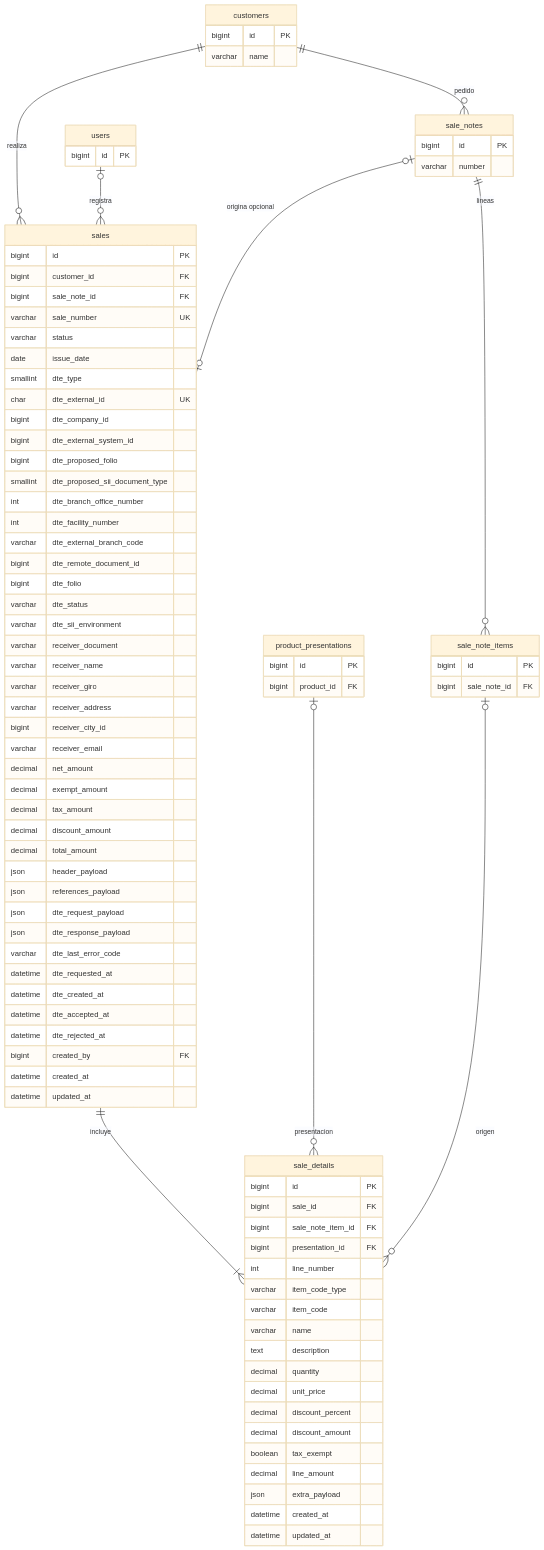
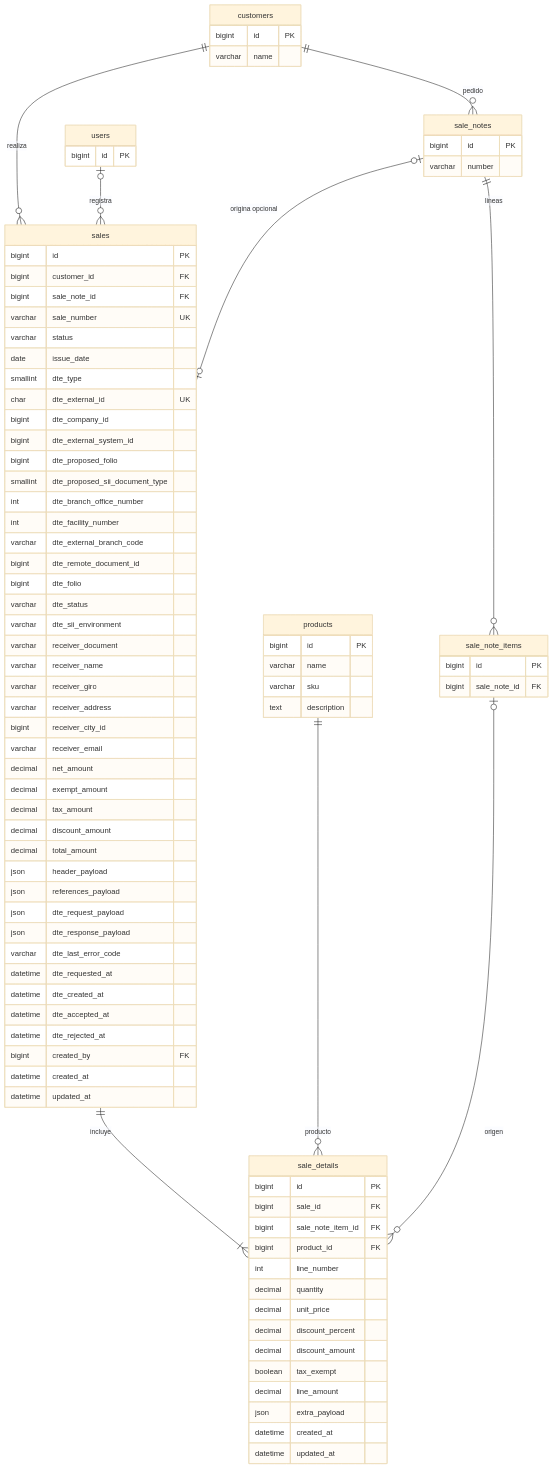
One commit to msanzana/rutahyd2 changed the diagram in docs/ERD_SALES_DTE.md. Above: the diagram before and after it, drawn with Mermaid (base theme). The commit also changed other lines of this file and 7 other files, not shown here.

Commit message:
refactor(sales): use products.id as sole catalog reference in sale_details

````diff
--- a/docs/ERD_SALES_DTE.md
+++ b/docs/ERD_SALES_DTE.md
@@ -9,7 +11,7 @@
     sale_notes o|--o| sales : "origina opcional"
     users o|--o{ sales : "registra"
     sales ||--|{ sale_details : "incluye"
-    product_presentations o|--o{ sale_details : "presentacion"
+    products ||--o{ sale_details : "producto"
     sale_note_items o|--o{ sale_details : "origen"
     sale_notes ||--o{ sale_note_items : "lineas"
     customers ||--o{ sale_notes : "pedido"
@@ -61,12 +63,8 @@
         bigint id PK
         bigint sale_id FK
         bigint sale_note_item_id FK
-        bigint presentation_id FK
+        bigint product_id FK
         int line_number
-        varchar item_code_type
-        varchar item_code
-        varchar name
-        text description
         decimal quantity
         decimal unit_price
         decimal discount_percent
@@ -92,8 +90,10 @@
     users {
         bigint id PK
     }
-    product_presentations {
+    products {
         bigint id PK
-        bigint product_id FK
+        varchar name
+        varchar sku
+        text description
     }
 ```
````
